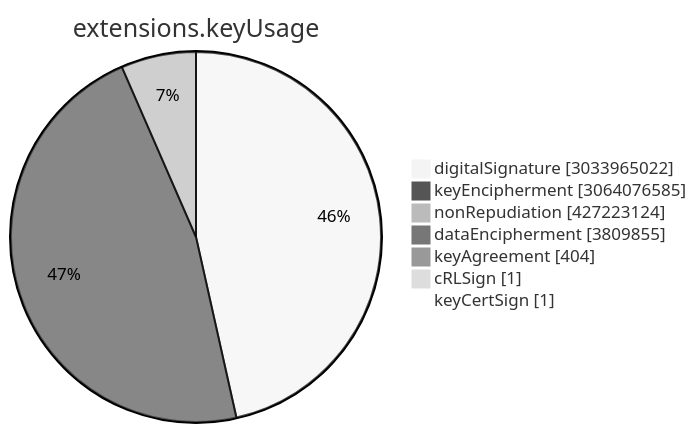
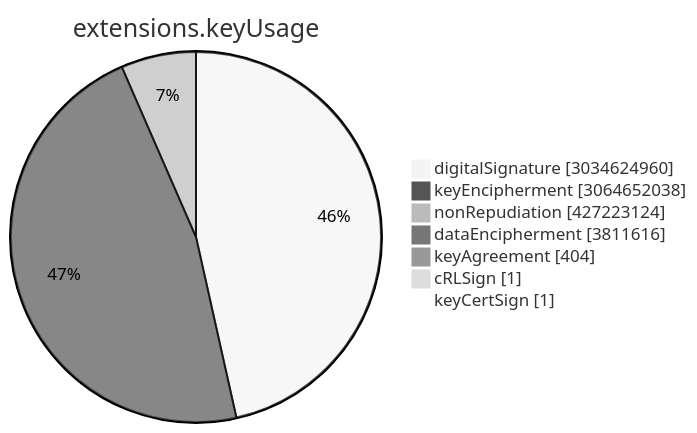
Before and after one commit to christiankrug/ctmonitor_visualization: the sixth of 15 diagrams in TOTAL/README.md, drawn with Mermaid (neutral theme). The commit also changed other lines of this file, not shown here.

````diff
--- a/TOTAL/README.md
+++ b/TOTAL/README.md
@@ -3077,11 +3077,11 @@
 ```mermaid
 pie showData
 title extensions.keyUsage
-"digitalSignature" :3033965022
-"keyEncipherment" :3064076585
+"digitalSignature" :3034624960
+"keyEncipherment" :3064652038
 "nonRepudiation" :427223124
-"dataEncipherment" :3809855
+"dataEncipherment" :3811616
 "keyAgreement" :404
 "cRLSign" :1
 "keyCertSign" :1
 ```
````
